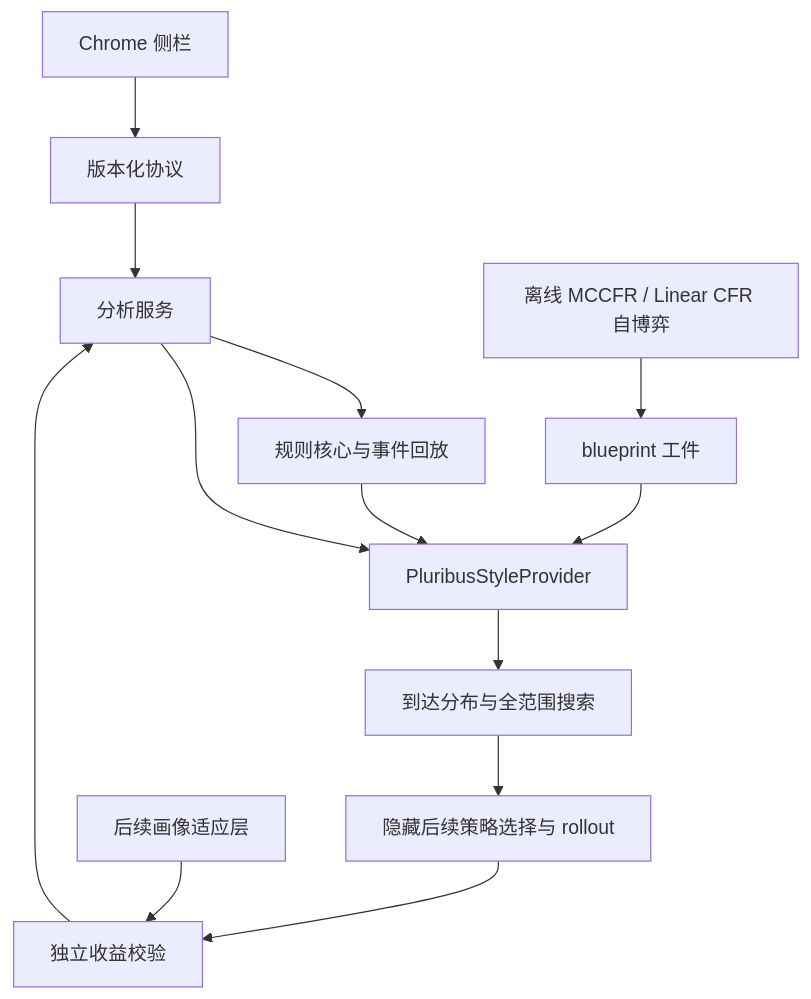
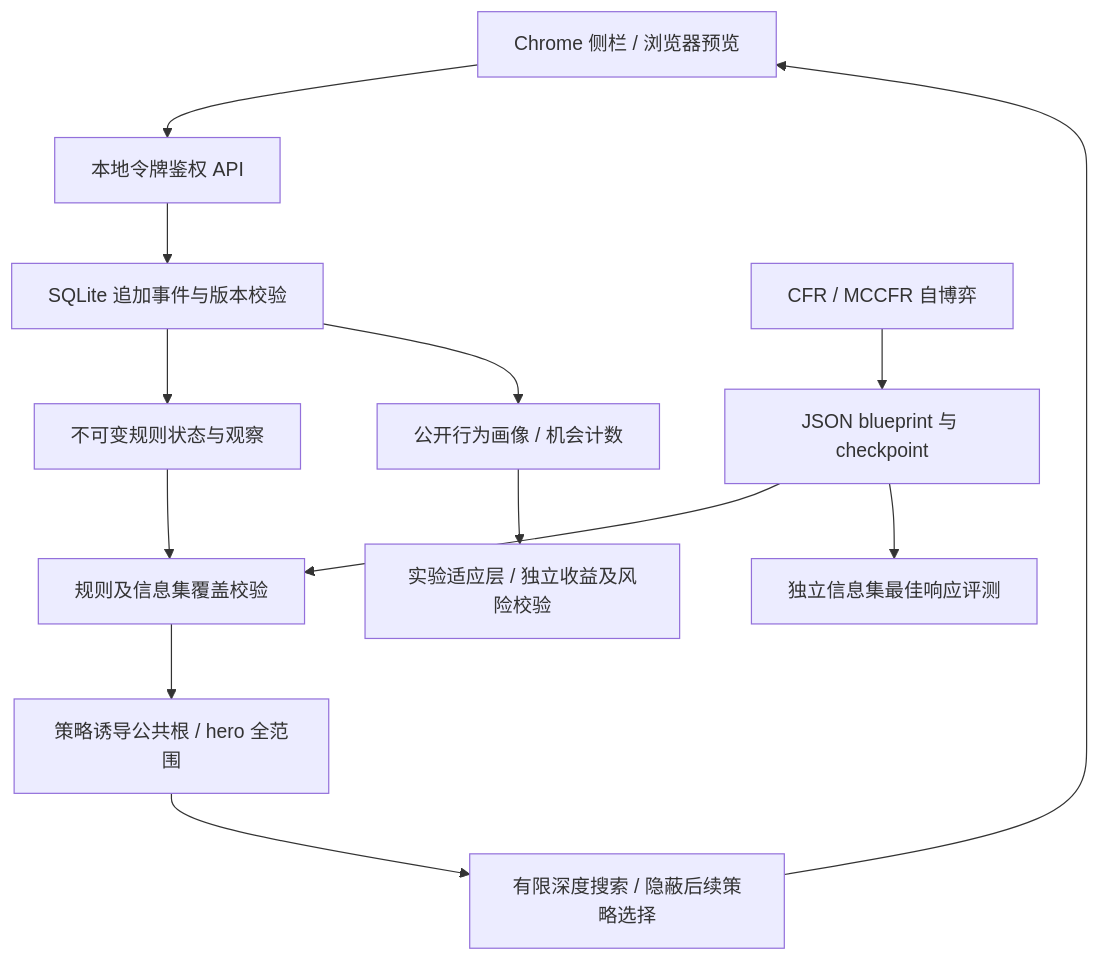
One commit to Keria2026/Texas-GTO changed the diagram in docs/software-architecture.md. Above: the diagram before and after it, drawn with Mermaid. The commit also changed other lines of this file and 67 other files, not shown here.

````diff
--- a/docs/software-architecture.md
+++ b/docs/software-architecture.md
@@ -21,15 +7,15 @@
 ```mermaid
 flowchart TD
-  U[Chrome 侧栏] --> P[版本化协议]
-  P --> A[分析服务]
-  A --> G[规则核心与事件回放]
-  A --> S[PluribusStyleProvider]
+  U[Chrome 侧栏 / 浏览器预览] --> A[本地令牌鉴权 API]
+  A --> E[SQLite 追加事件与版本校验]
+  E --> G[不可变规则状态与观察]
+  T[CFR / MCCFR 自博弈] --> B[JSON blueprint 与 checkpoint]
+  B --> S[规则及信息集覆盖校验]
   G --> S
-  T[离线 MCCFR / Linear CFR 自博弈] --> B[blueprint 工件]
-  B --> S
-  S --> R[到达分布与全范围搜索]
-  R --> C[隐藏后续策略选择与 rollout]
-  C --> V[独立收益校验]
-  V --> A
-  O[后续画像适应层] --> V
+  S --> R[策略诱导公共根 / hero 全范围]
+  R --> C[有限深度搜索 / 隐蔽后续策略选择]
+  C --> U
+  B --> V[独立信息集最佳响应评测]
+  E --> O[公开行为画像 / 机会计数]
+  O --> X[实验适应层 / 独立收益及风险校验]
 ```
````
